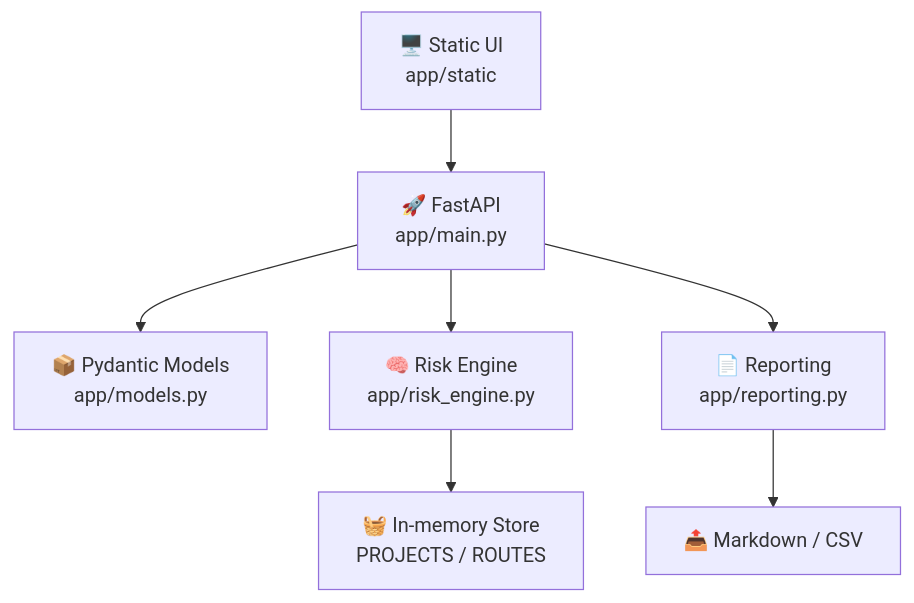
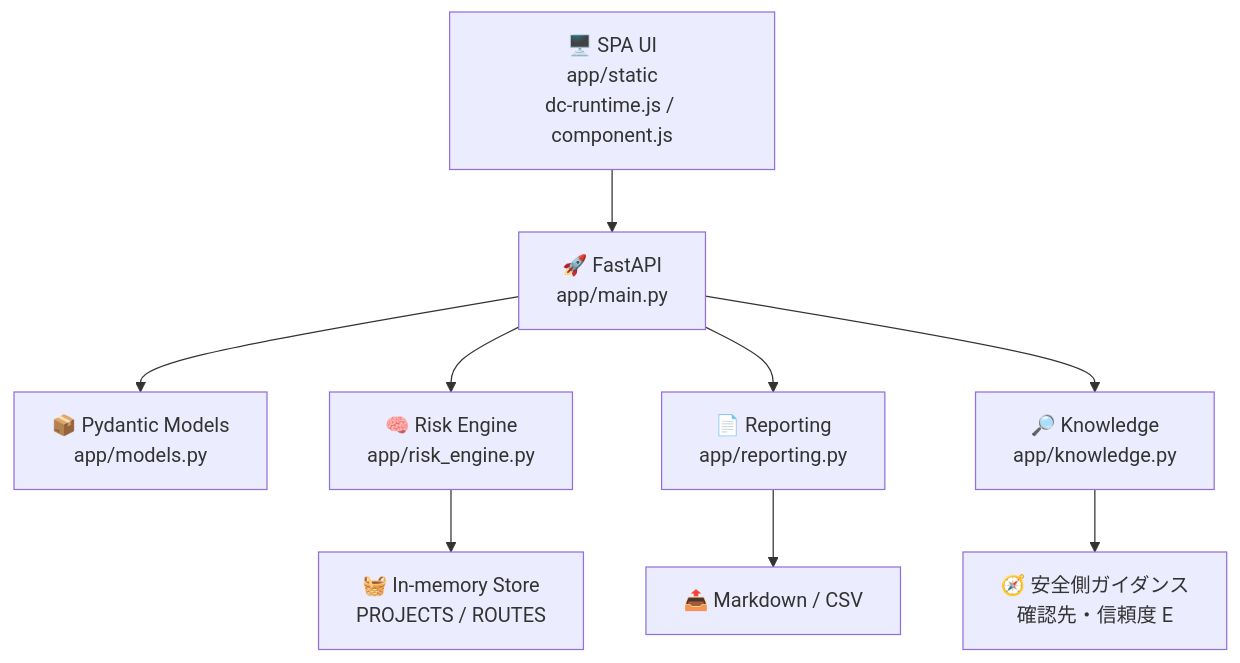
One commit to Kensan196948G/Construction-Logistics-Route-Planner changed the fifth of 6 diagrams in README.md. Above: the diagram before and after it, drawn with Mermaid. The commit also changed other lines of this file and 22 other files, not shown here.

First line of the commit message:
Route Planner: 9-screen SPA + knowledge API + systemd/Docker deploy + Leaflet/OSM map (#2)

````diff
--- a/README.md
+++ b/README.md
@@ -161,9 +186,11 @@
 ```mermaid
 flowchart TB
-    U["🖥️ Static UI<br/>app/static"] --> API["🚀 FastAPI<br/>app/main.py"]
+    U["🖥️ SPA UI<br/>app/static<br/>dc-runtime.js / component.js"] --> API["🚀 FastAPI<br/>app/main.py"]
     API --> Models["📦 Pydantic Models<br/>app/models.py"]
     API --> Engine["🧠 Risk Engine<br/>app/risk_engine.py"]
     API --> Report["📄 Reporting<br/>app/reporting.py"]
+    API --> Know["🔎 Knowledge<br/>app/knowledge.py"]
     Engine --> Store["🧺 In-memory Store<br/>PROJECTS / ROUTES"]
     Report --> Out["📤 Markdown / CSV"]
+    Know --> Guide["🧭 安全側ガイダンス<br/>確認先・信頼度 E"]
 ```
````
